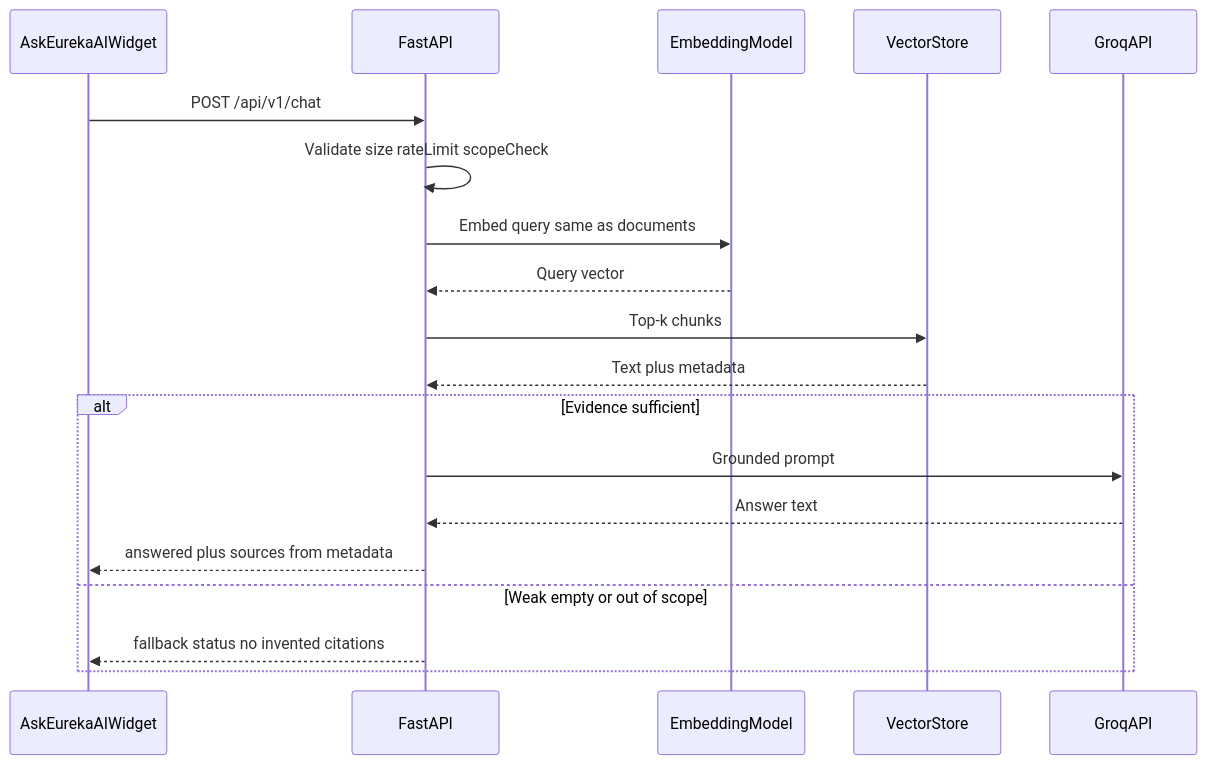
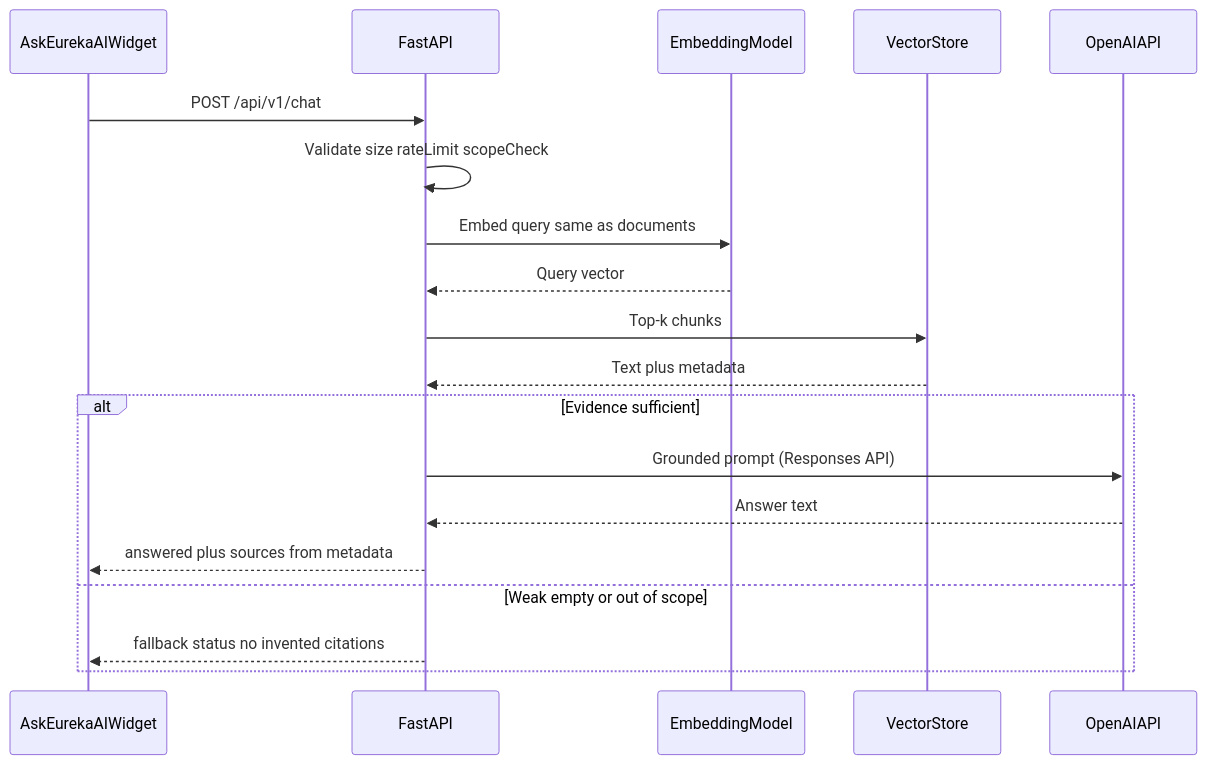
Before and after one commit to biswarupmahato7/EurekaChatBot: the second of 2 diagrams in docs/architecture.md, drawn with Mermaid. The commit also changed other lines of this file and 215 other files, not shown here.

````diff
--- a/docs/architecture.md
+++ b/docs/architecture.md
@@ -86,22 +86,22 @@
 ```mermaid
 sequenceDiagram
   participant Widget as AskEurekaAIWidget
   participant API as FastAPI
   participant Embed as EmbeddingModel
   participant VS as VectorStore
-  participant Groq as GroqAPI
+  participant OpenAI as OpenAIAPI
 
   Widget->>API: POST /api/v1/chat
   API->>API: Validate size rateLimit scopeCheck
   API->>Embed: Embed query same as documents
   Embed-->>API: Query vector
   API->>VS: Top-k chunks
   VS-->>API: Text plus metadata
   alt Evidence sufficient
-    API->>Groq: Grounded prompt
-    Groq-->>API: Answer text
+    API->>OpenAI: Grounded prompt (Responses API)
+    OpenAI-->>API: Answer text
     API-->>Widget: answered plus sources from metadata
   else Weak empty or out of scope
     API-->>Widget: fallback status no invented citations
   end
 ```
````
